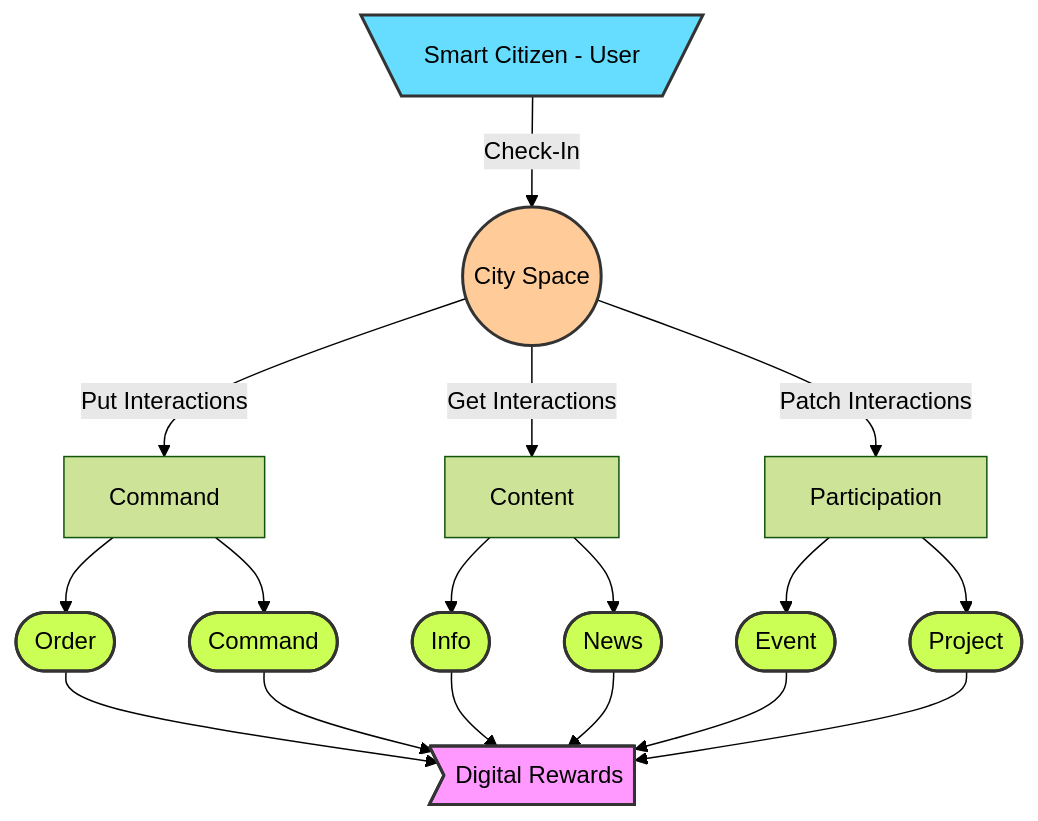
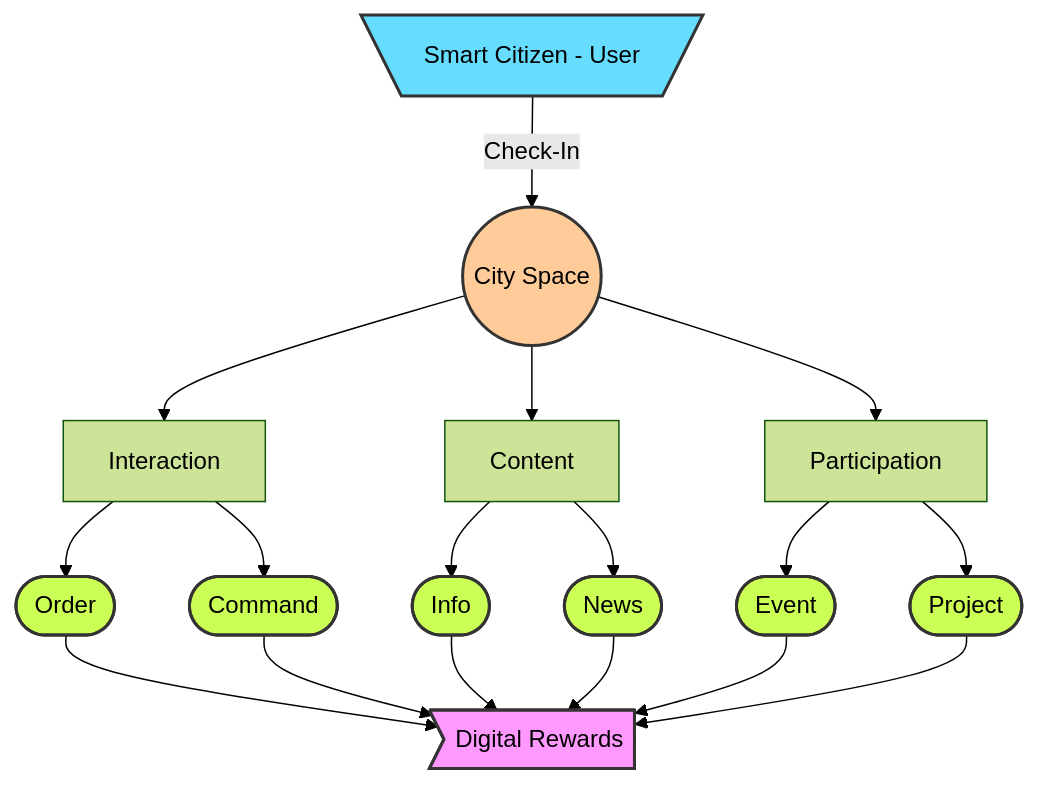
Before and after one commit to cityos-work/cityos-dev: the diagram in pages/roadmap.md, drawn with Mermaid (forest theme). The commit also changed other lines of this file, not shown here.

````diff
--- a/pages/roadmap.md
+++ b/pages/roadmap.md
@@ -50,29 +50,29 @@
 ```mermaid
 graph TB;
     USER[\Smart Citizen - User/]-- Check-In -->SPACE((City Space));
-    SPACE-- Put Interactions -->COMMAND[Command];
-    SPACE-- Get Interactions -->CONTENT[Content];
-    SPACE-- Patch Interactions -->PARTICIPATION[Participation];
+    SPACE-->INTERACTION[Interaction];
+    SPACE-->CONTENT[Content];
+    SPACE-->PARTICIPATION[Participation];
     
-    COMMAND-->ORDER([Order]);
-    COMMAND-->COM([Command]);
+    INTERACTION-->ORDER([Order]);
+    INTERACTION-->COMMAND([Command]);
     CONTENT-->INFO([Info]);
     CONTENT-->NEWS([News]);
     PARTICIPATION-->EVENT([Event]);
     PARTICIPATION-->PROJECT([Project]);
     ORDER-->REWARD>Digital Rewards];
-    COM-->REWARD;
+    COMMAND-->REWARD;
     INFO-->REWARD;
     NEWS-->REWARD;
     EVENT-->REWARD;
     PROJECT-->REWARD;
     style USER fill:#6df,stroke:#333,stroke-width:2px
     style SPACE fill:#fc9,stroke:#333,stroke-width:2px
     style ORDER fill:#CF5, stroke:#333,stroke-width:2px
-    style COM fill:#CF5, stroke:#333,stroke-width:2px
+    style COMMAND fill:#CF5, stroke:#333,stroke-width:2px
     style INFO fill:#CF5, stroke:#333,stroke-width:2px
     style NEWS fill:#CF5, stroke:#333,stroke-width:2px
     style EVENT fill:#CF5, stroke:#333,stroke-width:2px
     style PROJECT fill:#CF5, stroke:#333,stroke-width:2px
     style REWARD fill:#f9f,stroke:#333,stroke-width:2px   
 ```
````
